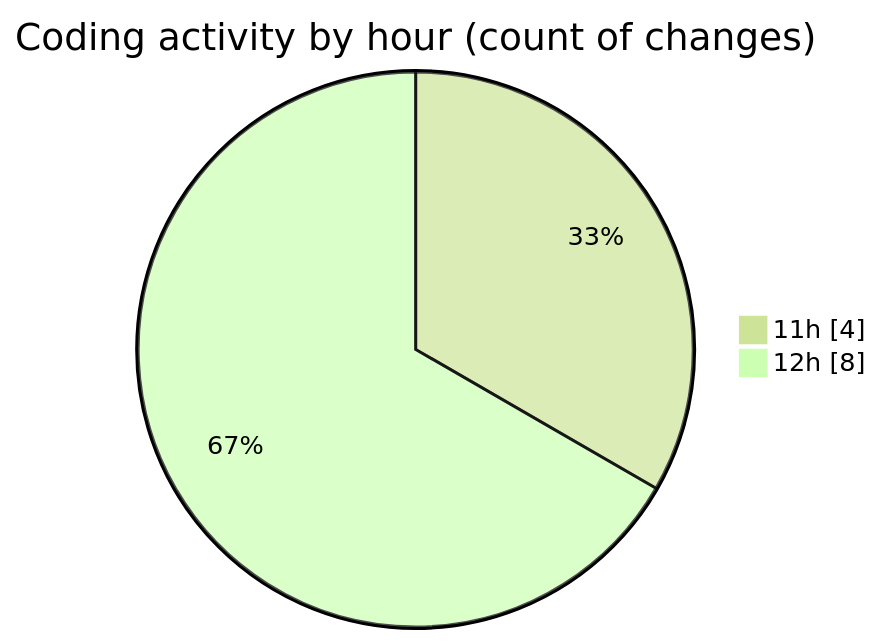
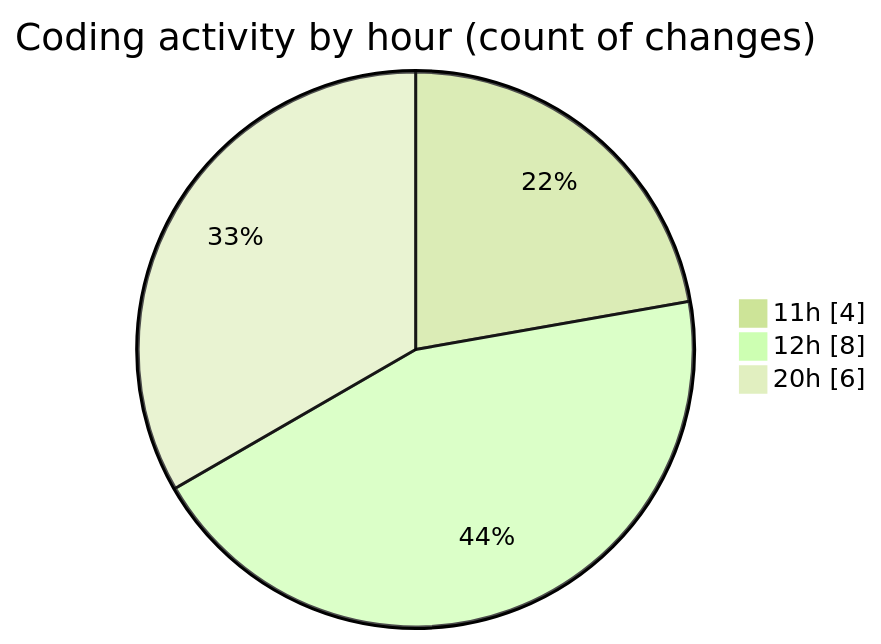
The second of 2 diagrams in 2025-10-24/javacript/README.md (nxtqubesakshisongat/code-tracking), drawn with Mermaid (forest theme) before and after one commit. The commit also changed other lines of this file and 1 other file, not shown here.

````diff
--- a/2025-10-24/javacript/README.md
+++ b/2025-10-24/javacript/README.md
@@ -28,6 +28,7 @@
 ```mermaid
 pie showData
 title Coding activity by hour (count of changes)
 "11h" : 4
 "12h" : 8
+"20h" : 6
 ```
````
